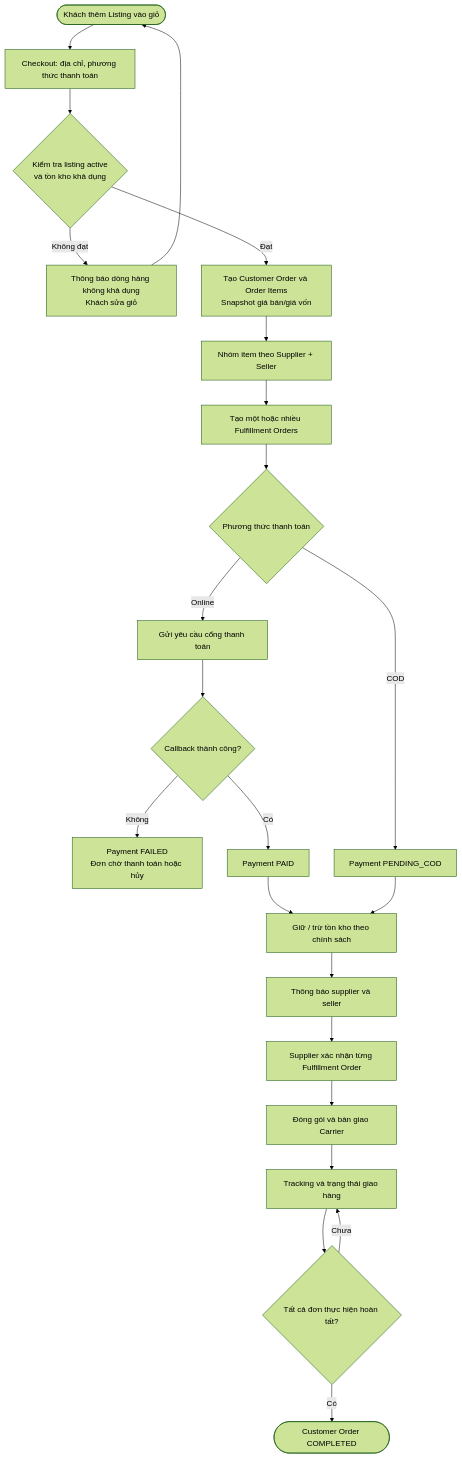
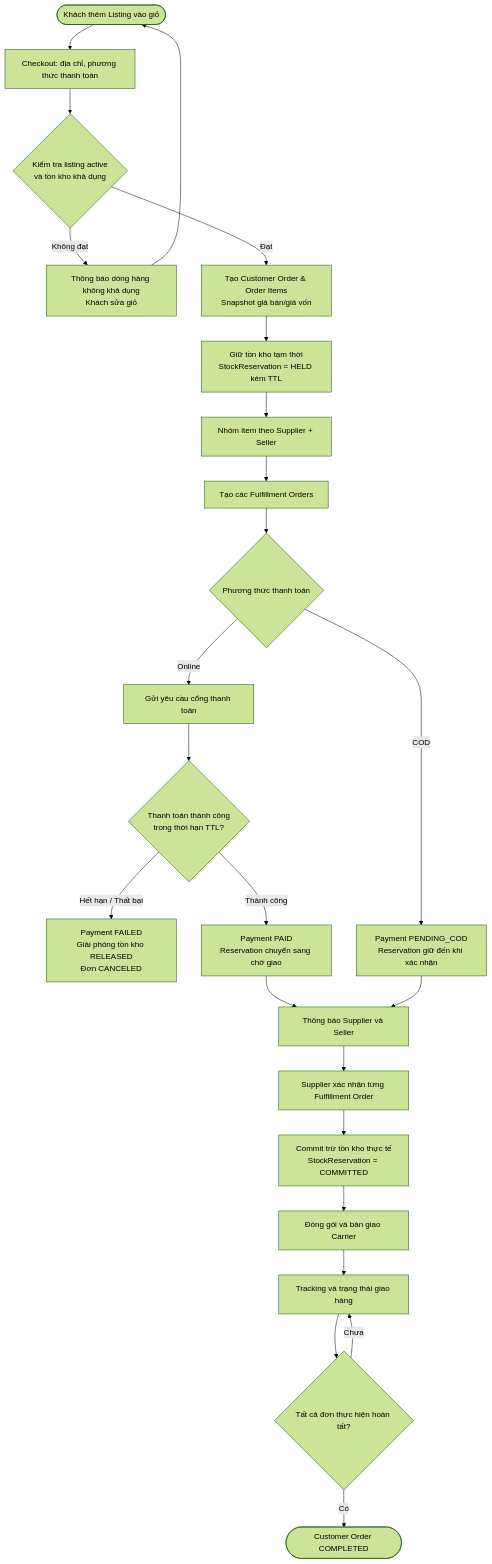
Before and after one commit to NguyenVoLyDo/Project-XD-and-PTPM: the second of 4 diagrams in docs/02-workflows.md, drawn with Mermaid (forest theme). The commit also changed other lines of this file and 3 other files, not shown here.

Commit message:
docs: update workflows for cost price change, stock reservation timingm, and COD return handling

````diff
--- a/docs/02-workflows.md
+++ b/docs/02-workflows.md
@@ -28,25 +43,26 @@
 ```mermaid
 flowchart TD
   A([Khách thêm Listing vào giỏ]) --> B[Checkout: địa chỉ, phương thức thanh toán]
   B --> C{Kiểm tra listing active\nvà tồn kho khả dụng}
   C -- Không đạt --> D[Thông báo dòng hàng không khả dụng\nKhách sửa giỏ]
   D --> A
-  C -- Đạt --> E[Tạo Customer Order và Order Items\nSnapshot giá bán/giá vốn]
-  E --> F[Nhóm item theo Supplier + Seller]
-  F --> G[Tạo một hoặc nhiều Fulfillment Orders]
+  C -- Đạt --> E[Tạo Customer Order & Order Items\nSnapshot giá bán/giá vốn]
+  E --> RES[Giữ tồn kho tạm thời\nStockReservation = HELD kèm TTL]
+  RES --> F[Nhóm item theo Supplier + Seller]
+  F --> G[Tạo các Fulfillment Orders]
   G --> H{Phương thức thanh toán}
   H -- Online --> I[Gửi yêu cầu cổng thanh toán]
-  I --> J{Callback thành công?}
-  J -- Không --> K[Payment FAILED\nĐơn chờ thanh toán hoặc hủy]
-  J -- Có --> L[Payment PAID]
-  H -- COD --> M[Payment PENDING_COD]
-  L --> N[Giữ / trừ tồn kho theo chính sách]
-  M --> N
-  N --> O[Thông báo supplier và seller]
+  I --> J{Thanh toán thành công\ntrong thời hạn TTL?}
+  J -- Hết hạn / Thất bại --> K[Payment FAILED\nGiải phóng tồn kho RELEASED\nĐơn CANCELED]
+  J -- Thành công --> L[Payment PAID\nReservation chuyển sang chờ giao]
+  H -- COD --> M[Payment PENDING_COD\nReservation giữ đến khi xác nhận]
+  L --> O[Thông báo Supplier và Seller]
+  M --> O
   O --> P[Supplier xác nhận từng Fulfillment Order]
-  P --> Q[Đóng gói và bàn giao Carrier]
+  P --> COMMIT[Commit trừ tồn kho thực tế\nStockReservation = COMMITTED]
+  COMMIT --> Q[Đóng gói và bàn giao Carrier]
   Q --> R[Tracking và trạng thái giao hàng]
   R --> S{Tất cả đơn thực hiện hoàn tất?}
   S -- Chưa --> R
   S -- Có --> T([Customer Order COMPLETED])
 ```
````
